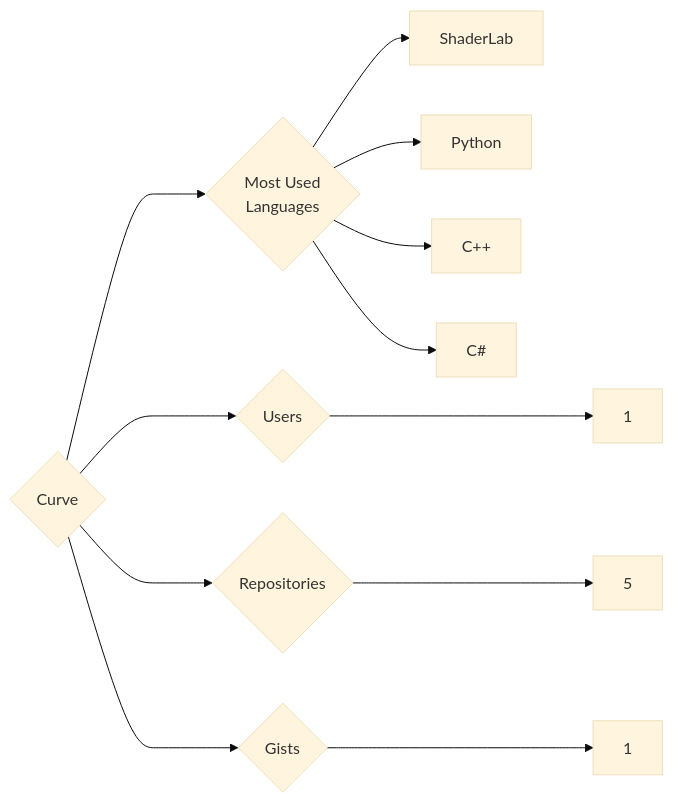
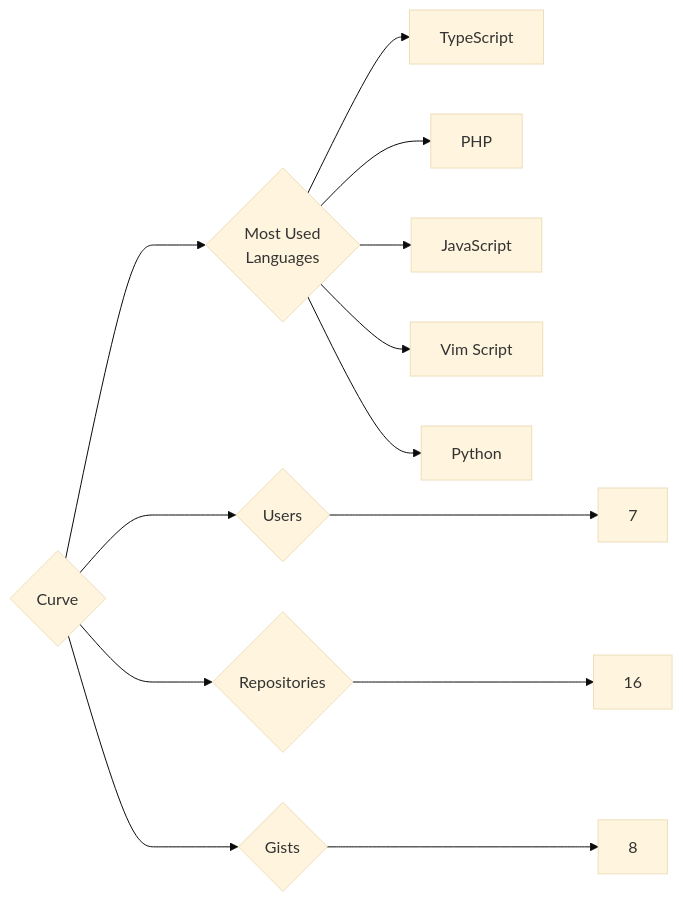
The diagram in targets/Curve/README.md (trickest/insiders), drawn with Mermaid (base theme) before and after one commit. The commit also changed 880 other files, not shown here.

````diff
--- a/targets/Curve/README.md
+++ b/targets/Curve/README.md
@@ -3,12 +3,13 @@
 ```mermaid
 graph LR
 COMPANY_NAME{Curve}
-COMPANY_NAME ---> U{Users} ---> UN[1]
-COMPANY_NAME ---> R{Repositories} ---> RN[5]
-COMPANY_NAME ---> G{Gists} ---> GN[1]
+COMPANY_NAME ---> U{Users} ---> UN[7]
+COMPANY_NAME ---> R{Repositories} ---> RN[16]
+COMPANY_NAME ---> G{Gists} ---> GN[8]
 COMPANY_NAME ---> ML{Most Used<br>Languages}
-ML --> ShaderLab[ShaderLab]
+ML --> TypeScript[TypeScript]
+ML --> PHP[PHP]
+ML --> JavaScript[JavaScript]
+ML --> Vim_Script[Vim Script]
 ML --> Python[Python]
-ML --> C++[C++]
-ML --> C#[C#]
 ```
````
